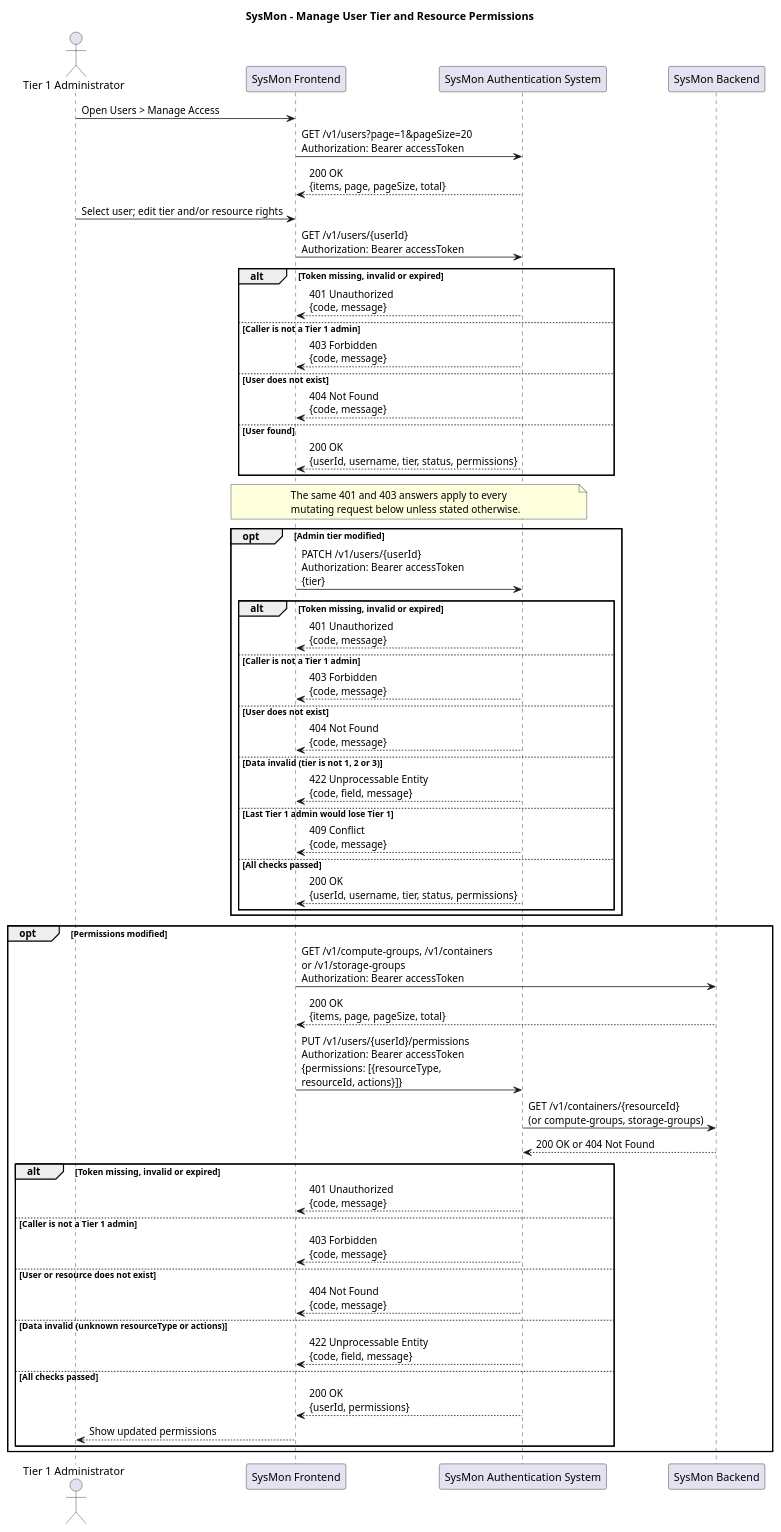
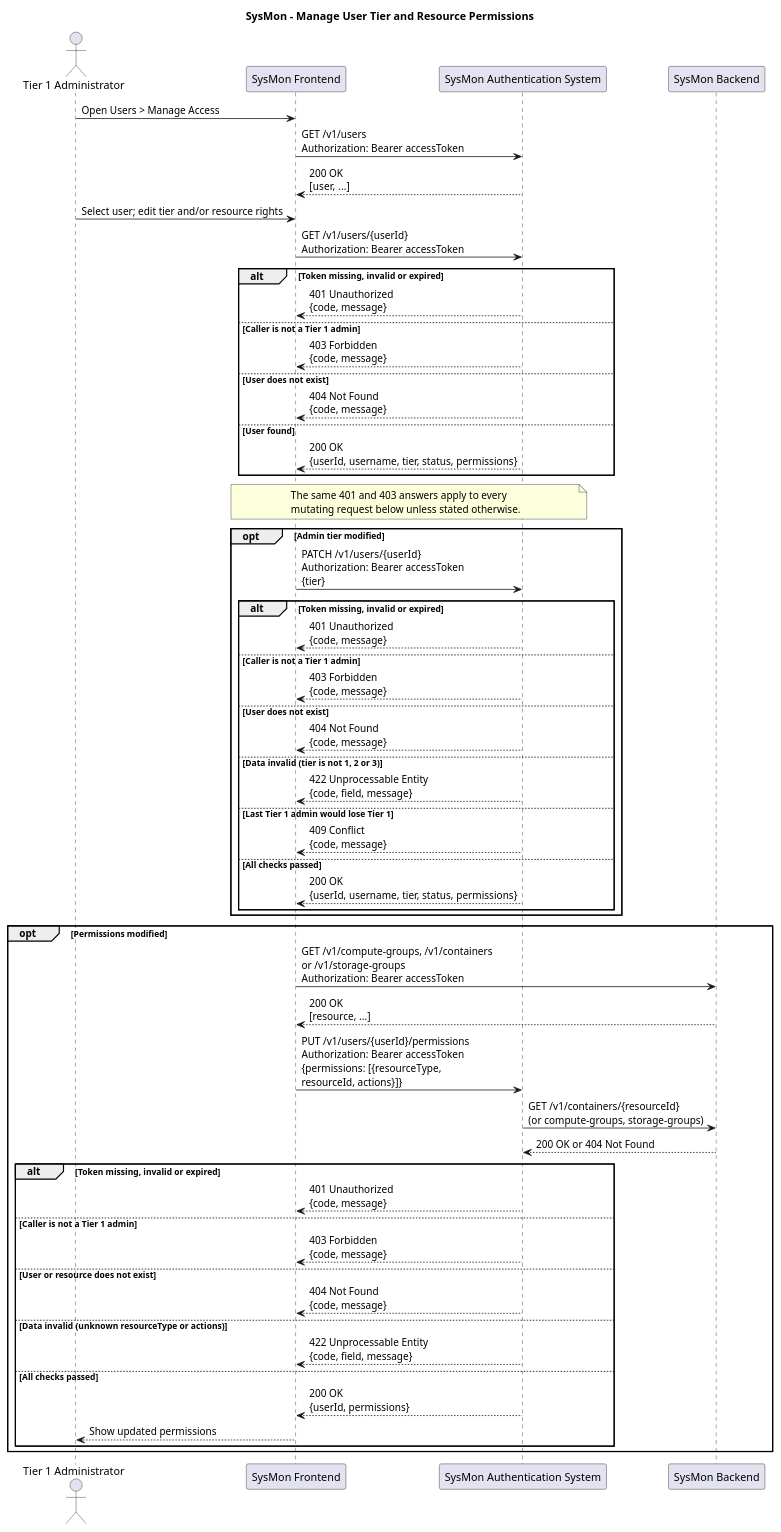
Before and after one commit to hriday111/SysMon: the diagram in Task3/sequence_diagrams/src/04_manage_access.puml, drawn with PlantUML. The commit also changed 21 other files, not shown here.

```diff
--- a/Task3/sequence_diagrams/src/04_manage_access.puml
+++ b/Task3/sequence_diagrams/src/04_manage_access.puml
@@ -1,71 +1,71 @@
 @startuml
 title SysMon - Manage User Tier and Resource Permissions
 
 actor "Tier 1 Administrator" as A
 participant "SysMon Frontend" as FE
 participant "SysMon Authentication System" as AUTH
 participant "SysMon Backend" as Backend
 
 A -> FE : Open Users > Manage Access
-FE -> AUTH : GET /v1/users?page=1&pageSize=20\nAuthorization: Bearer accessToken
-AUTH --> FE : 200 OK\n{items, page, pageSize, total}
+FE -> AUTH : GET /v1/users\nAuthorization: Bearer accessToken
+AUTH --> FE : 200 OK\n[user, ...]
 
 A -> FE : Select user; edit tier and/or resource rights
 FE -> AUTH : GET /v1/users/{userId}\nAuthorization: Bearer accessToken
 
 alt Token missing, invalid or expired
   AUTH --> FE : 401 Unauthorized\n{code, message}
 else Caller is not a Tier 1 admin
   AUTH --> FE : 403 Forbidden\n{code, message}
 else User does not exist
   AUTH --> FE : 404 Not Found\n{code, message}
 else User found
   AUTH --> FE : 200 OK\n{userId, username, tier, status, permissions}
 end
 
 note over FE, AUTH
   The same 401 and 403 answers apply to every
   mutating request below unless stated otherwise.
 end note
 
 opt Admin tier modified
   FE -> AUTH : PATCH /v1/users/{userId}\nAuthorization: Bearer accessToken\n{tier}
 
   alt Token missing, invalid or expired
     AUTH --> FE : 401 Unauthorized\n{code, message}
   else Caller is not a Tier 1 admin
     AUTH --> FE : 403 Forbidden\n{code, message}
   else User does not exist
     AUTH --> FE : 404 Not Found\n{code, message}
   else Data invalid (tier is not 1, 2 or 3)
     AUTH --> FE : 422 Unprocessable Entity\n{code, field, message}
   else Last Tier 1 admin would lose Tier 1
     AUTH --> FE : 409 Conflict\n{code, message}
   else All checks passed
     AUTH --> FE : 200 OK\n{userId, username, tier, status, permissions}
   end
 end
 
 opt Permissions modified
   FE -> Backend : GET /v1/compute-groups, /v1/containers\nor /v1/storage-groups\nAuthorization: Bearer accessToken
-  Backend --> FE : 200 OK\n{items, page, pageSize, total}
+  Backend --> FE : 200 OK\n[resource, ...]
 
   FE -> AUTH : PUT /v1/users/{userId}/permissions\nAuthorization: Bearer accessToken\n{permissions: [{resourceType,\nresourceId, actions}]}
   AUTH -> Backend : GET /v1/containers/{resourceId}\n(or compute-groups, storage-groups)
   Backend --> AUTH : 200 OK or 404 Not Found
 
   alt Token missing, invalid or expired
     AUTH --> FE : 401 Unauthorized\n{code, message}
   else Caller is not a Tier 1 admin
     AUTH --> FE : 403 Forbidden\n{code, message}
   else User or resource does not exist
     AUTH --> FE : 404 Not Found\n{code, message}
   else Data invalid (unknown resourceType or actions)
     AUTH --> FE : 422 Unprocessable Entity\n{code, field, message}
   else All checks passed
     AUTH --> FE : 200 OK\n{userId, permissions}
     FE --> A : Show updated permissions
   end
 end
 
 @enduml
```
